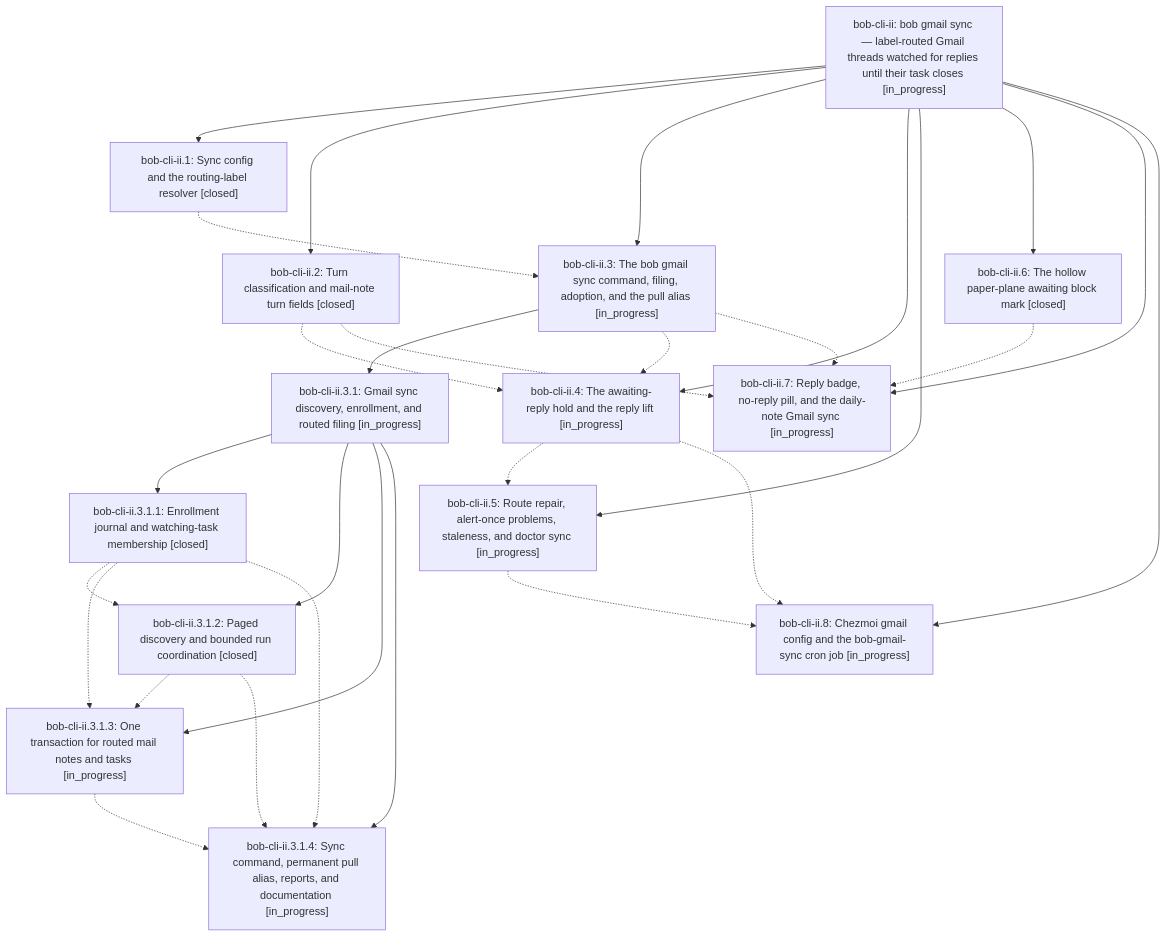
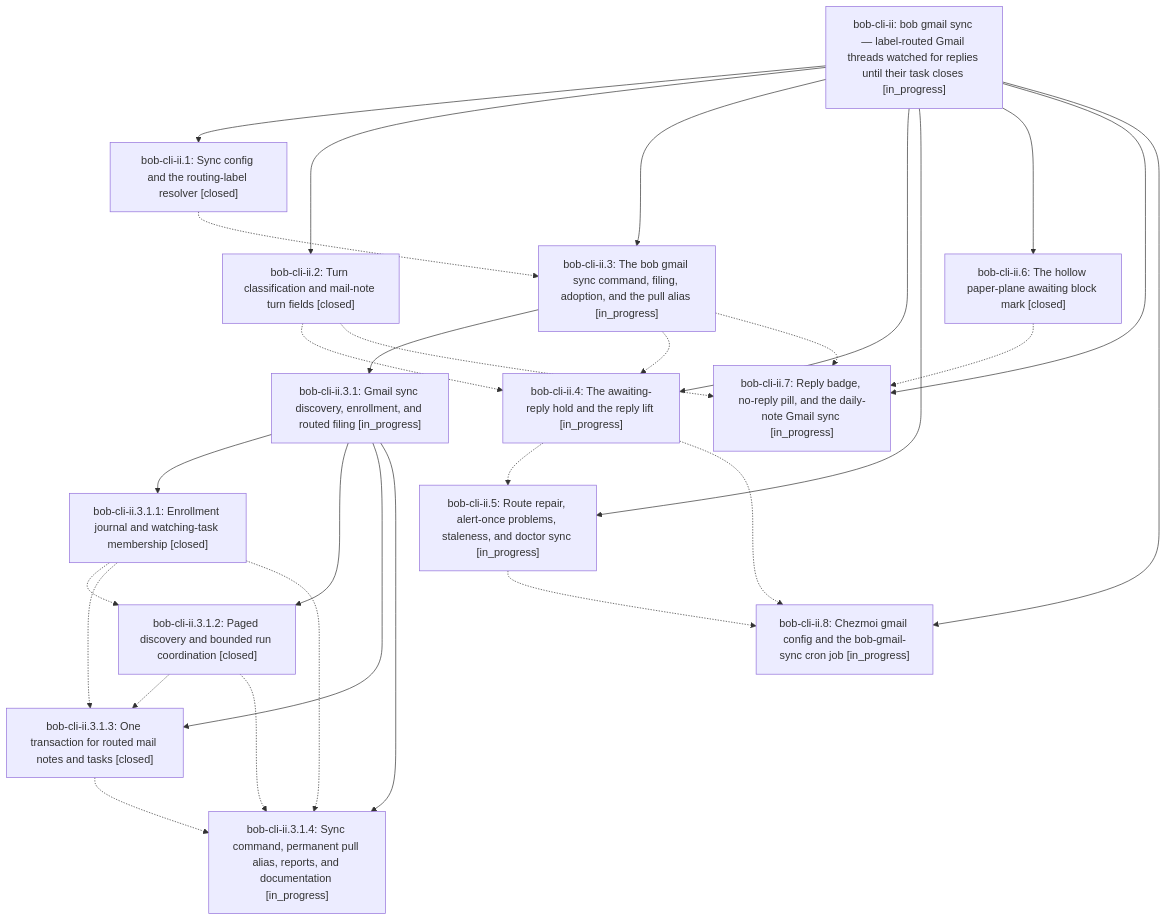
One commit to bobs-org/bob-cli--beads changed the diagram in pages/bob-cli-ii/README.md. Above: the diagram before and after it, drawn with Mermaid. The commit also changed other lines of this file and 4 other files, not shown here.

First line of the commit message:
chore(beads): sync bead state and pages for bob-cli-ii

````diff
--- a/pages/bob-cli-ii/README.md
+++ b/pages/bob-cli-ii/README.md
@@ -43,45 +43,45 @@
 ```mermaid
 flowchart TD
     n0["bob-cli-ii: bob gmail sync — label-routed Gmail threads watched for replies until their task closes [in_progress]"]
     n1["bob-cli-ii.1: Sync config and the routing-label resolver [closed]"]
     n2["bob-cli-ii.2: Turn classification and mail-note turn fields [closed]"]
     n3["bob-cli-ii.3: The bob gmail sync command, filing, adoption, and the pull alias [in_progress]"]
     n4["bob-cli-ii.3.1: Gmail sync discovery, enrollment, and routed filing [in_progress]"]
     n5["bob-cli-ii.3.1.1: Enrollment journal and watching-task membership [closed]"]
     n6["bob-cli-ii.3.1.2: Paged discovery and bounded run coordination [closed]"]
-    n7["bob-cli-ii.3.1.3: One transaction for routed mail notes and tasks [in_progress]"]
+    n7["bob-cli-ii.3.1.3: One transaction for routed mail notes and tasks [closed]"]
     n8["bob-cli-ii.3.1.4: Sync command, permanent pull alias, reports, and documentation [in_progress]"]
     n9["bob-cli-ii.4: The awaiting-reply hold and the reply lift [in_progress]"]
     n10["bob-cli-ii.5: Route repair, alert-once problems, staleness, and doctor sync [in_progress]"]
     n11["bob-cli-ii.6: The hollow paper-plane awaiting block mark [closed]"]
     n12["bob-cli-ii.7: Reply badge, no-reply pill, and the daily-note Gmail sync [in_progress]"]
     n13["bob-cli-ii.8: Chezmoi gmail config and the bob-gmail-sync cron job [in_progress]"]
     n0 --> n1
     n0 --> n2
     n0 --> n3
     n3 --> n4
     n4 --> n5
     n4 --> n6
     n4 --> n7
     n4 --> n8
     n0 --> n9
     n0 --> n10
     n0 --> n11
     n0 --> n12
     n0 --> n13
     n1 -.-> n3
     n2 -.-> n9
     n2 -.-> n12
     n3 -.-> n9
     n3 -.-> n12
     n5 -.-> n6
     n5 -.-> n7
     n5 -.-> n8
     n6 -.-> n7
     n6 -.-> n8
     n7 -.-> n8
     n9 -.-> n10
     n9 -.-> n13
     n10 -.-> n13
     n11 -.-> n12
 ```
````
